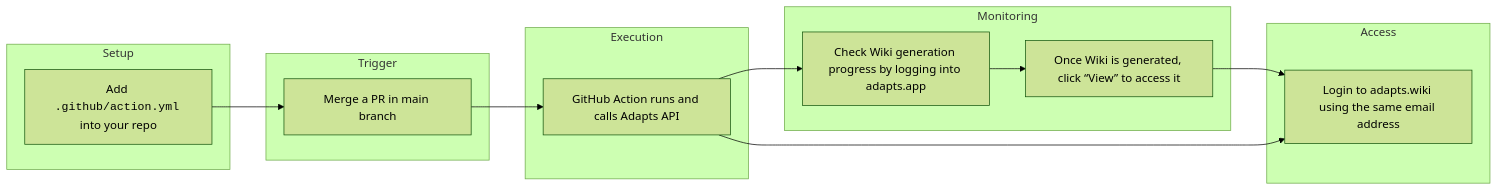
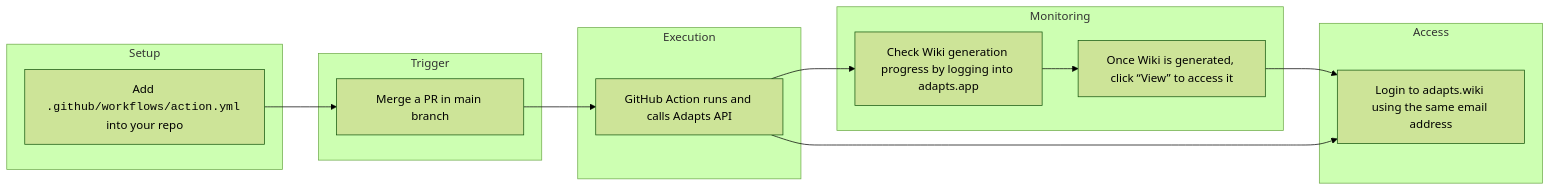
The diagram in README.md (AdaptsAI/.github), drawn with Mermaid (forest theme) before and after one commit. The commit also changed 1 other file, not shown here.

Commit message:
Updated read me and action.yml code. (#6)

````diff
--- a/README.md
+++ b/README.md
@@ -18,34 +18,34 @@
 ```mermaid
 flowchart LR
     %% Subgraph definitions
     subgraph Setup
-        A[Add <code>.github/action.yml</code> into your repo]
+        A[Add <code>.github/workflows/action.yml</code> into your repo]
     end
     subgraph Trigger
         B[Merge a PR in main branch]
     end
     subgraph Execution
         C[GitHub Action runs and calls Adapts API]
     end
     subgraph Monitoring
         D[Check Wiki generation progress by logging into adapts.app]
         E[Once Wiki is generated, click “View” to access it]
     end
     subgraph Access
         F[Login to adapts.wiki using the same email address]
     end
 
     %% Flow connections
     A --> B --> C
     C --> D
     D --> E
     E --> F
     C --> F
 
     class A setup
     class B trigger
     class C exec
     class D,E monitor
     class F access
 
 ```
````
